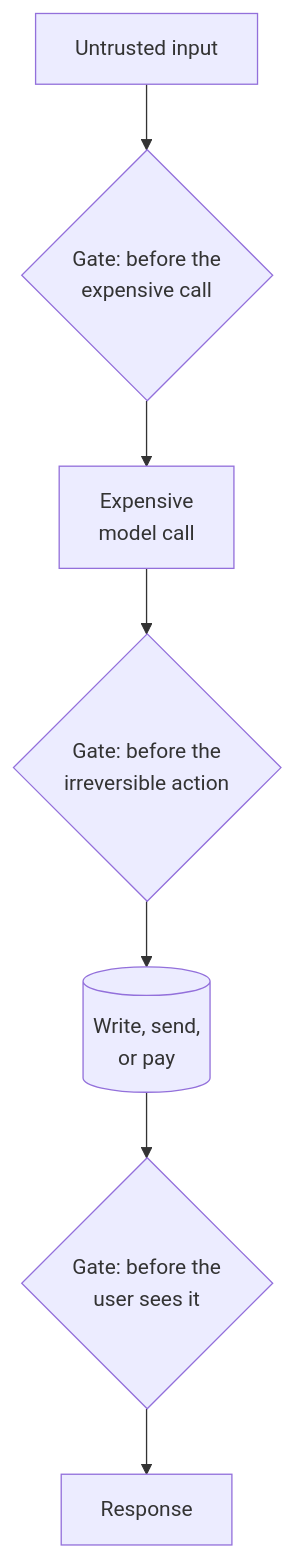
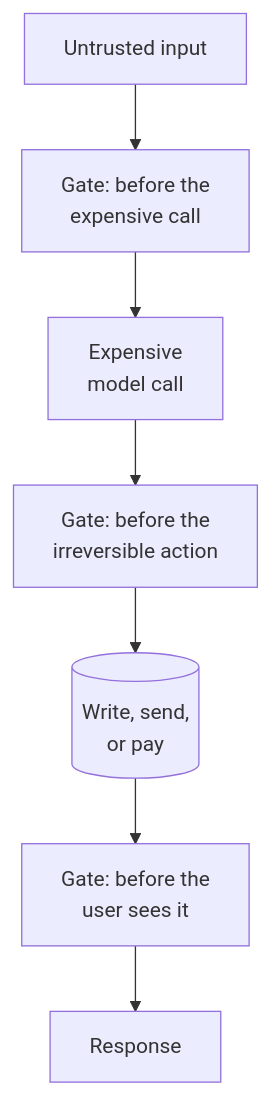
Before and after one commit to chintan-dshel/aible: the fourth of 4 diagrams in docs/patterns/stage-gates.md, drawn with Mermaid. The commit also changed other lines of this file and 12 other files, not shown here.

First line of the commit message:
Restructure per pedagogy review; fix root-cause CSS/Mermaid presentation bugs

````diff
--- a/docs/patterns/stage-gates.md
+++ b/docs/patterns/stage-gates.md
@@ -67,9 +116,16 @@
 ```mermaid
+---
+config:
+  themeVariables:
+    fontSize: 16px
+---
 flowchart TB
-  I["Untrusted input"]:::external --> G1{"Gate: before the<br/>expensive call"}:::gate
+  accTitle: Where gates belong in a pipeline
+  accDescr: Untrusted input passes a gate before the expensive model call, another gate before an irreversible write or send, and a third gate before the user sees the response.
+  I["Untrusted input"]:::external --> G1["Gate: before the<br/>expensive call"]:::gate
   G1 --> M["Expensive<br/>model call"]:::agent
-  M --> G2{"Gate: before the<br/>irreversible action"}:::gate
+  M --> G2["Gate: before the<br/>irreversible action"]:::gate
   G2 --> W[("Write, send,<br/>or pay")]:::store
-  W --> G3{"Gate: before the<br/>user sees it"}:::gate
+  W --> G3["Gate: before the<br/>user sees it"]:::gate
   G3 --> U["Response"]:::human
 ```
````
